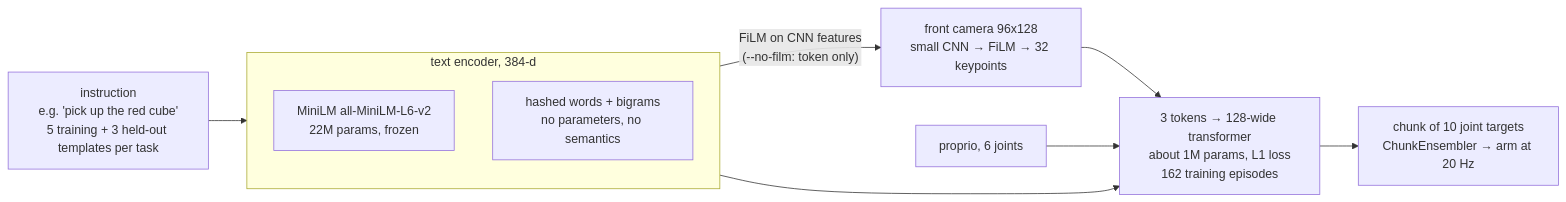
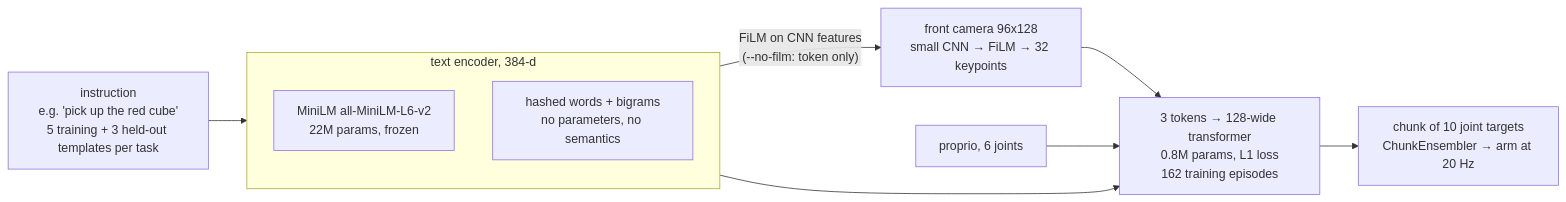
Before and after one commit to AungKaung1928/so-arm100-vla: the diagram in README.md, drawn with Mermaid. The commit also changed other lines of this file and 2 other files, not shown here.

Commit message:
Policy size is 0.8M parameters (799,671 in runs/policy_minilm_s0.json), not 'about 1M'; tested

````diff
--- a/README.md
+++ b/README.md
@@ -19,16 +19,16 @@
 ```mermaid
 flowchart LR
     I["instruction<br/>e.g. 'pick up the red cube'<br/>5 training + 3 held-out templates per task"] --> E
     subgraph E["text encoder, 384-d"]
         direction TB
         M["MiniLM all-MiniLM-L6-v2<br/>22M params, frozen"]
         H["hashed words + bigrams<br/>no parameters, no semantics"]
     end
     C["front camera 96x128<br/>small CNN → FiLM → 32 keypoints"]
     P["proprio, 6 joints"]
     E -- "FiLM on CNN features<br/>(--no-film: token only)" --> C
     E --> T
     C --> T
     P --> T
-    T["3 tokens → 128-wide transformer<br/>about 1M params, L1 loss<br/>162 training episodes"] --> A["chunk of 10 joint targets<br/>ChunkEnsembler → arm at 20 Hz"]
+    T["3 tokens → 128-wide transformer<br/>0.8M params, L1 loss<br/>162 training episodes"] --> A["chunk of 10 joint targets<br/>ChunkEnsembler → arm at 20 Hz"]
 ```
````
